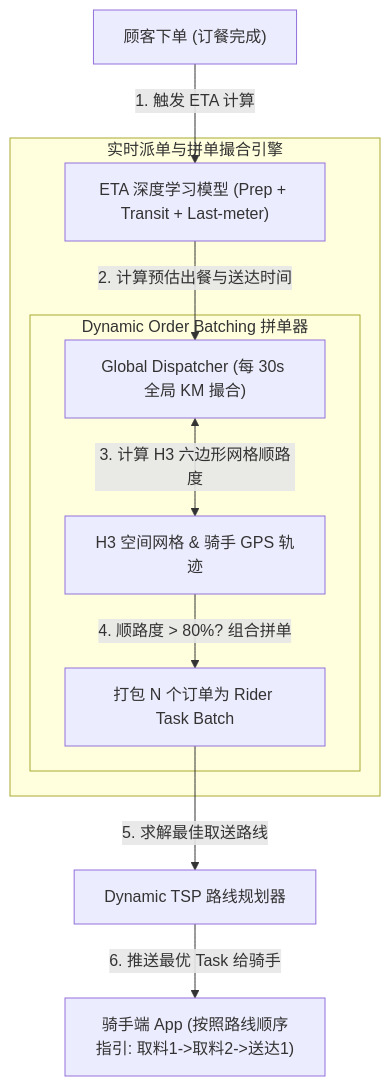
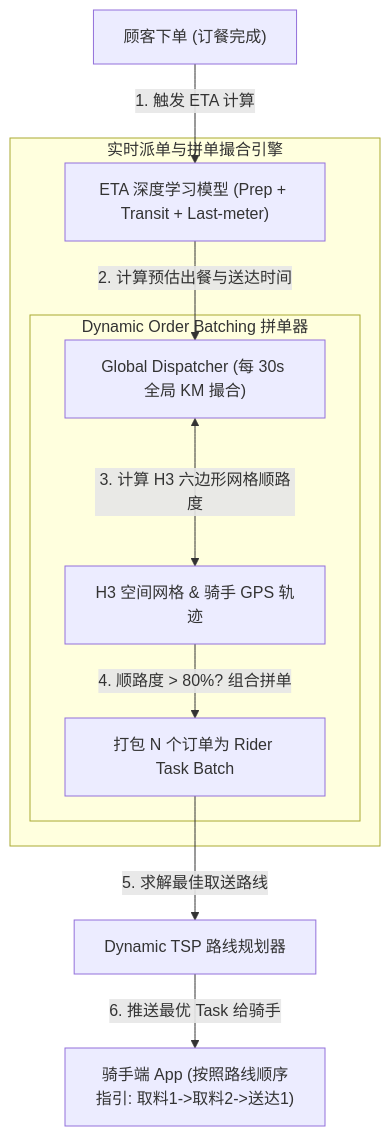
The first of 6 diagrams in docs/atlas/meituan-doordash.mdx (koosai/AI-Architect-Learning), drawn with Mermaid before and after one commit. The commit also changed other lines of this file and 68 other files, not shown here.

Commit message:
fix(atlas): fix browser client-side Mermaid rendering for mindmaps and flowcharts across 67 case studies

````diff
--- a/docs/atlas/meituan-doordash.mdx
+++ b/docs/atlas/meituan-doordash.mdx
@@ -47,16 +47,16 @@
 ```mermaid
 graph TD
   OrderPlaced["顾客下单 (订餐完成)"] -->|1. 触发 ETA 计算| ETAModel["ETA 深度学习模型 (Prep + Transit + Last-meter)"]
   
   subgraph OrderMatchingEngine["实时派单与拼单撮合引擎"]
     ETAModel -->|2. 计算预估出餐与送达时间| Dispatcher["Global Dispatcher (每 30s 全局 KM 撮合)"]
     
     subgraph BatchingEngine["Dynamic Order Batching 拼单器"]
-      Dispatcher <-->|3. 计算 H3 六边形网格顺路度| H3SpatialIndex["H3 空间网格 & 骑手 GPS 轨迹"]
+      Dispatcher <--->|3. 计算 H3 六边形网格顺路度| H3SpatialIndex["H3 空间网格 & 骑手 GPS 轨迹"]
       H3SpatialIndex -->|4. 顺路度 > 80%? 组合拼单| SingleRiderTask["打包 N 个订单为 Rider Task Batch"]
     end
   end
   
   SingleRiderTask -->|5. 求解最佳取送路线| TSPOptimizer["Dynamic TSP 路线规划器"]
   TSPOptimizer -->|6. 推送最优 Task 给骑手| RiderApp["骑手端 App (按照路线顺序指引: 取料1->取料2->送达1)"]
 ```
````
